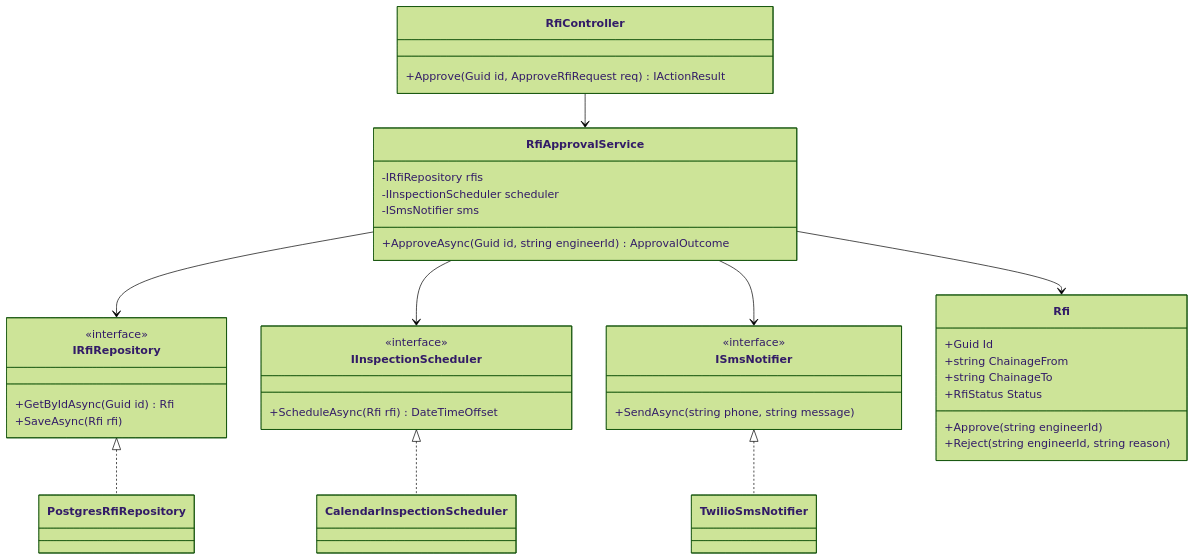
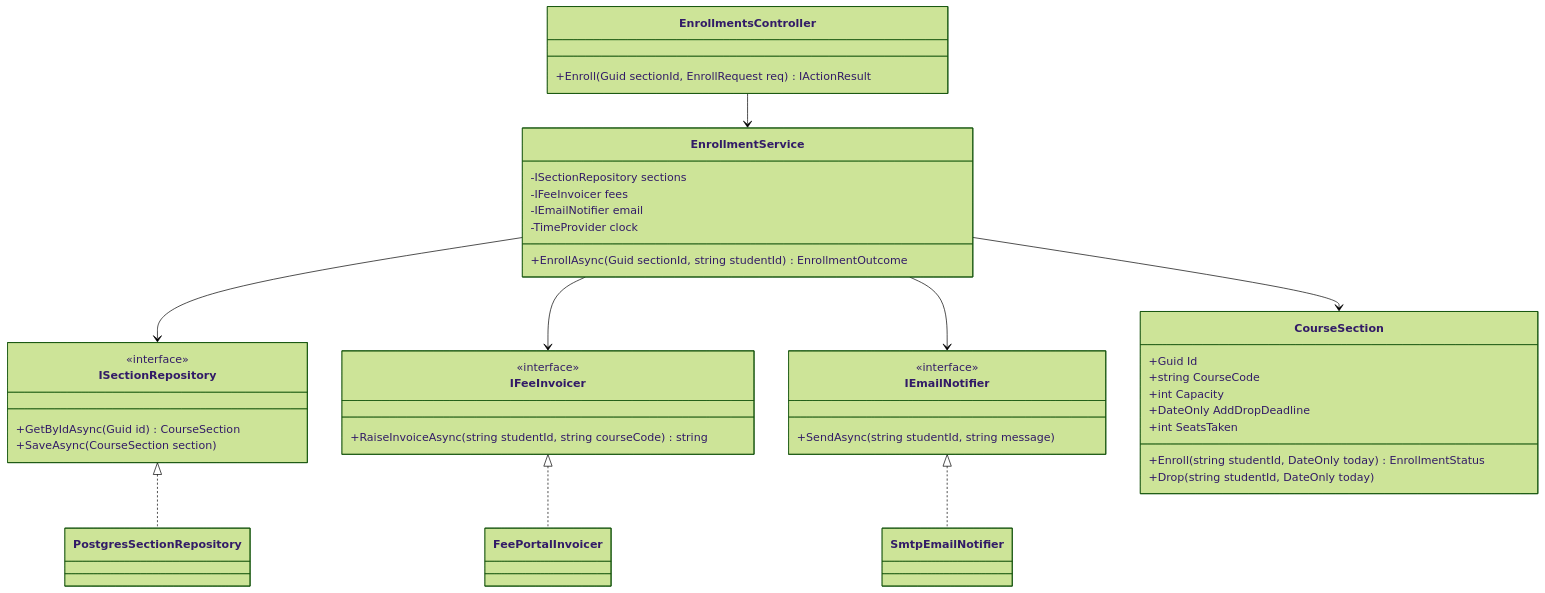
Before and after one commit to rizwi0786/system-design-lab: the third of 3 diagrams in content/lessons/m03/m03-layers.md, drawn with Mermaid (forest theme). The commit also changed other lines of this file and 334 other files, not shown here.

````diff
--- a/content/lessons/m03/m03-layers.md
+++ b/content/lessons/m03/m03-layers.md
@@ -1046,41 +1063,43 @@
 ```mermaid
 classDiagram
-    class RfiController {
-        +Approve(Guid id, ApproveRfiRequest req) IActionResult
+    class EnrollmentsController {
+        +Enroll(Guid sectionId, EnrollRequest req) IActionResult
     }
-    class RfiApprovalService {
-        -IRfiRepository rfis
-        -IInspectionScheduler scheduler
-        -ISmsNotifier sms
-        +ApproveAsync(Guid id, string engineerId) ApprovalOutcome
+    class EnrollmentService {
+        -ISectionRepository sections
+        -IFeeInvoicer fees
+        -IEmailNotifier email
+        -TimeProvider clock
+        +EnrollAsync(Guid sectionId, string studentId) EnrollmentOutcome
     }
-    class IRfiRepository {
+    class ISectionRepository {
         <<interface>>
-        +GetByIdAsync(Guid id) Rfi
-        +SaveAsync(Rfi rfi)
+        +GetByIdAsync(Guid id) CourseSection
+        +SaveAsync(CourseSection section)
     }
-    class IInspectionScheduler {
+    class IFeeInvoicer {
         <<interface>>
-        +ScheduleAsync(Rfi rfi) DateTimeOffset
+        +RaiseInvoiceAsync(string studentId, string courseCode) string
     }
-    class ISmsNotifier {
+    class IEmailNotifier {
         <<interface>>
-        +SendAsync(string phone, string message)
+        +SendAsync(string studentId, string message)
     }
-    class Rfi {
+    class CourseSection {
         +Guid Id
-        +string ChainageFrom
-        +string ChainageTo
-        +RfiStatus Status
-        +Approve(string engineerId)
-        +Reject(string engineerId, string reason)
+        +string CourseCode
+        +int Capacity
+        +DateOnly AddDropDeadline
+        +int SeatsTaken
+        +Enroll(string studentId, DateOnly today) EnrollmentStatus
+        +Drop(string studentId, DateOnly today)
     }
-    RfiController --> RfiApprovalService
-    RfiApprovalService --> IRfiRepository
-    RfiApprovalService --> IInspectionScheduler
-    RfiApprovalService --> ISmsNotifier
-    RfiApprovalService --> Rfi
-    IRfiRepository <|.. PostgresRfiRepository
-    IInspectionScheduler <|.. CalendarInspectionScheduler
-    ISmsNotifier <|.. TwilioSmsNotifier
+    EnrollmentsController --> EnrollmentService
+    EnrollmentService --> ISectionRepository
+    EnrollmentService --> IFeeInvoicer
+    EnrollmentService --> IEmailNotifier
+    EnrollmentService --> CourseSection
+    ISectionRepository <|.. PostgresSectionRepository
+    IFeeInvoicer <|.. FeePortalInvoicer
+    IEmailNotifier <|.. SmtpEmailNotifier
 ```
````
